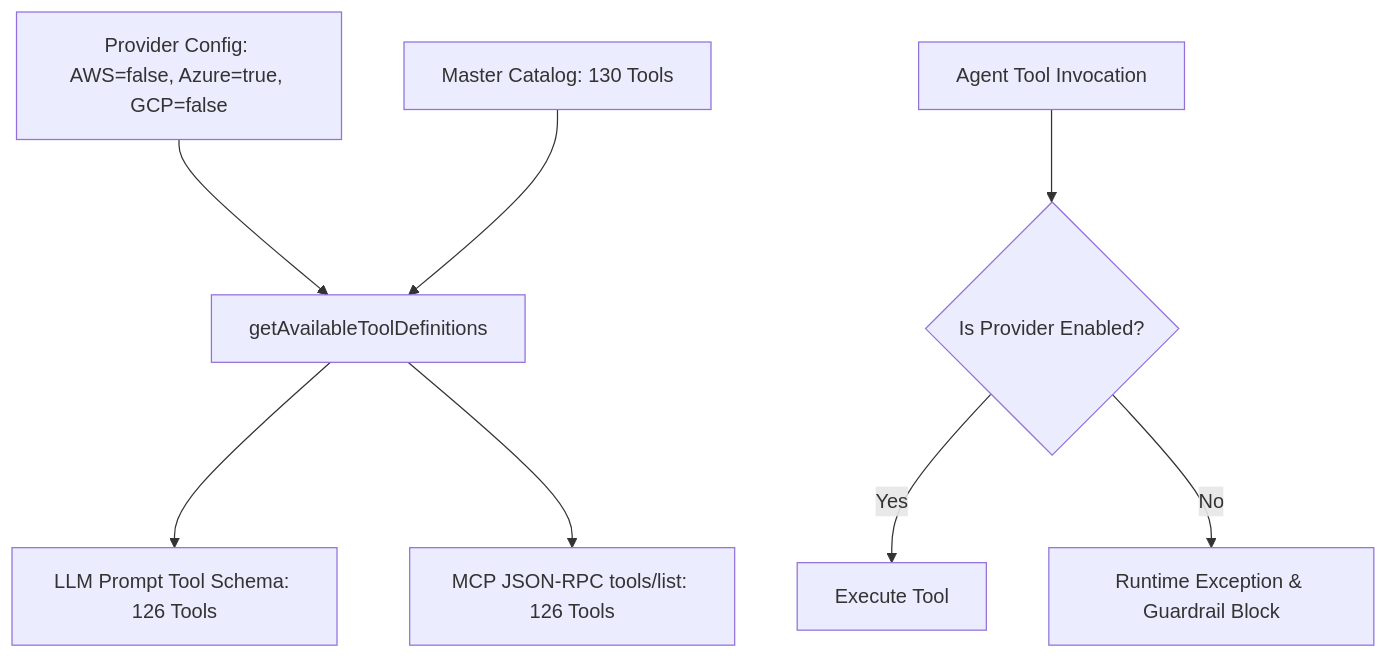
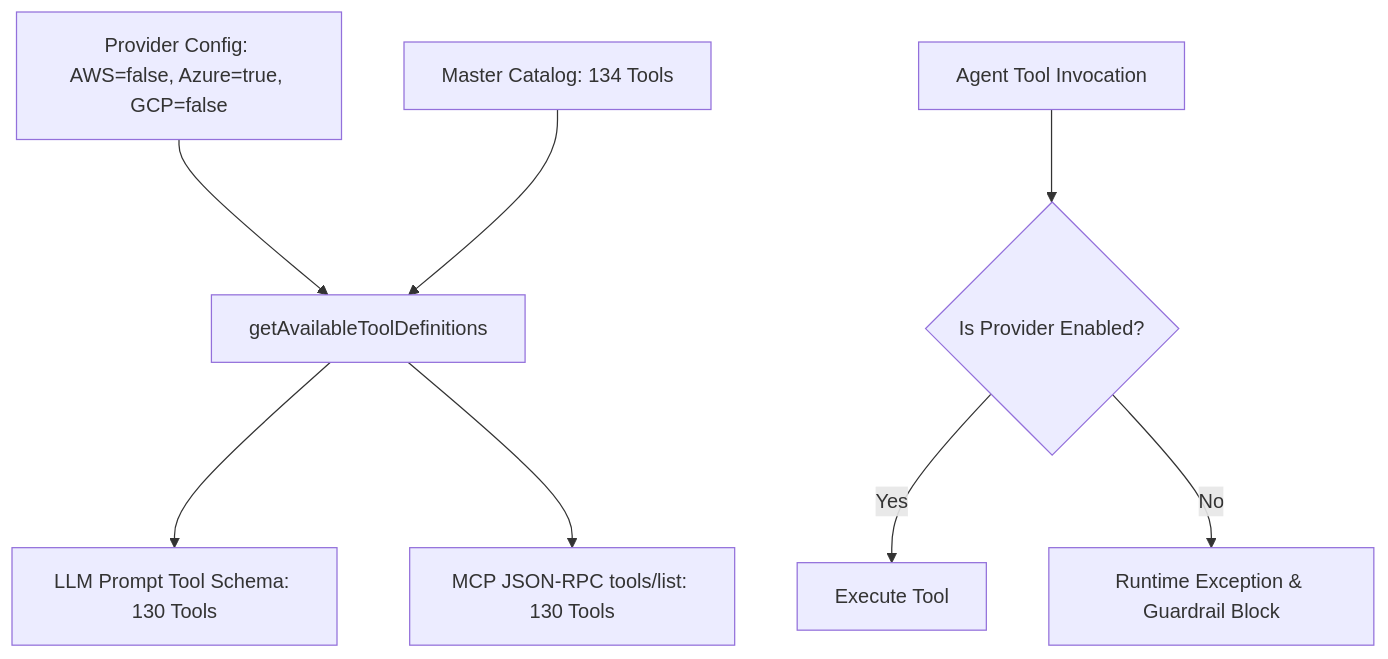
The diagram in docs/specs/26-cloud-provider-toggles-and-kubeconfig-grounding.md (williamsjoshua005/devops-agent), drawn with Mermaid before and after one commit. The commit also changed other lines of this file and 7 other files, not shown here.

````diff
--- a/docs/specs/26-cloud-provider-toggles-and-kubeconfig-grounding.md
+++ b/docs/specs/26-cloud-provider-toggles-and-kubeconfig-grounding.md
@@ -61,11 +61,11 @@
 ```mermaid
 flowchart TD
     Config[Provider Config: AWS=false, Azure=true, GCP=false] --> Filter[getAvailableToolDefinitions]
-    Master[Master Catalog: 130 Tools] --> Filter
-    Filter --> LLM[LLM Prompt Tool Schema: 126 Tools]
-    Filter --> MCP[MCP JSON-RPC tools/list: 126 Tools]
+    Master[Master Catalog: 134 Tools] --> Filter
+    Filter --> LLM[LLM Prompt Tool Schema: 130 Tools]
+    Filter --> MCP[MCP JSON-RPC tools/list: 130 Tools]
 
     ToolCall[Agent Tool Invocation] --> Gate{Is Provider Enabled?}
     Gate -- Yes --> Execute[Execute Tool]
     Gate -- No --> Reject[Runtime Exception & Guardrail Block]
 ```
````
